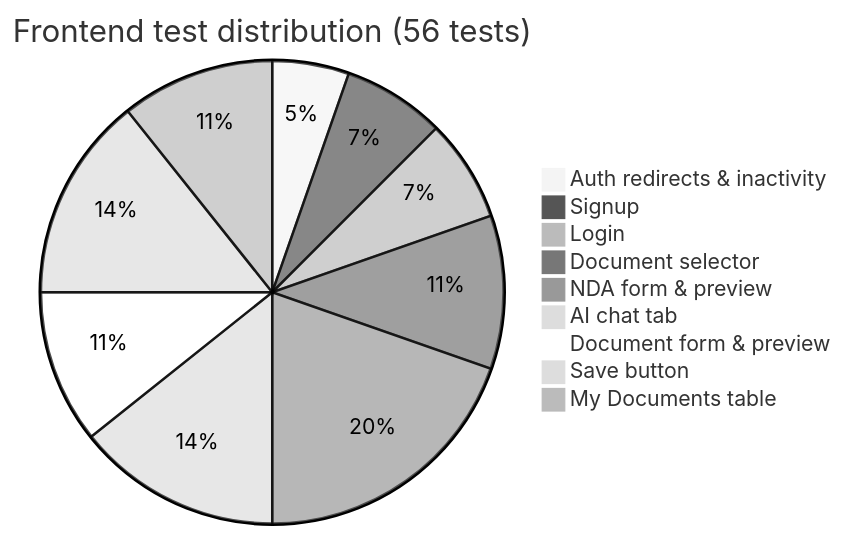
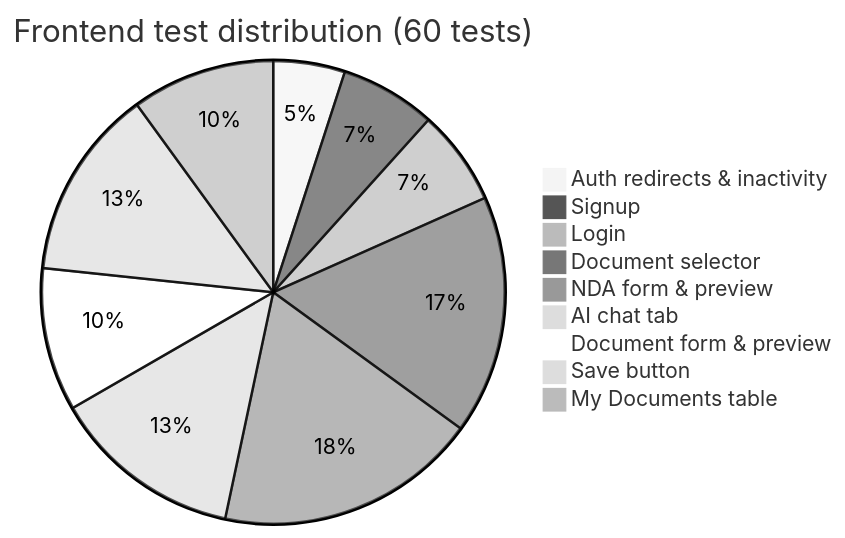
Before and after one commit to shaynemeyer/prelegal: the third of 6 diagrams in docs/test-coverage-report.md, drawn with Mermaid (neutral theme). The commit also changed other lines of this file and 6 other files, not shown here.

First line of the commit message:
feat(PL-14): replace DocumentSelector card grid with shadcn Select dropdown (#12)

````diff
--- a/docs/test-coverage-report.md
+++ b/docs/test-coverage-report.md
@@ -94,12 +94,12 @@
 ```mermaid
-pie title Frontend test distribution (56 tests)
+pie title Frontend test distribution (60 tests)
     "Auth redirects & inactivity" : 3
     "Signup" : 4
     "Login" : 4
-    "Document selector" : 6
+    "Document selector" : 10
     "NDA form & preview" : 11
     "AI chat tab" : 8
     "Document form & preview" : 6
     "Save button" : 8
     "My Documents table" : 6
 ```
````
